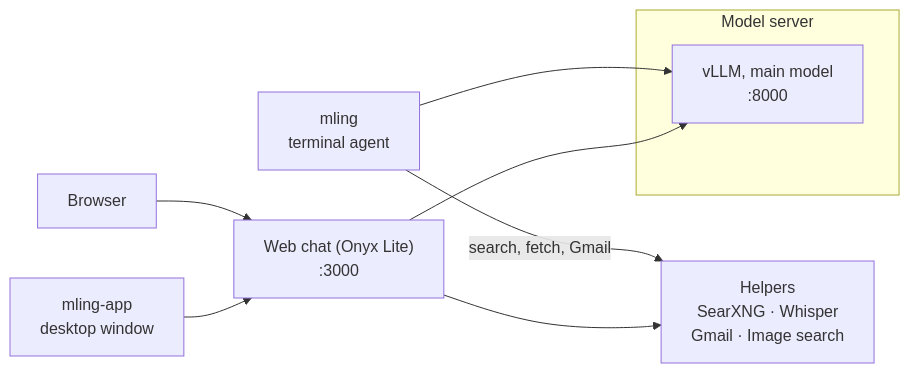
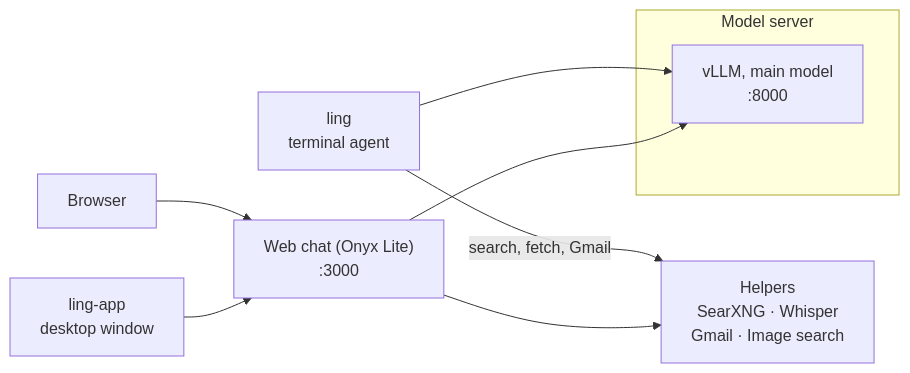
The first of 2 diagrams in docs/architecture.md (dreamference/mightling), drawn with Mermaid before and after one commit. The commit also changed other lines of this file and 391 other files, not shown here.

Commit message:
Rename: the command is ling, not mling (the user's decision); crates and folders ling-*; the collision on npm and crates.io accepted in the plan

````diff
--- a/docs/architecture.md
+++ b/docs/architecture.md
@@ -9,17 +9,17 @@
 ```mermaid
 flowchart LR
-    T["mling<br/>terminal agent"]
+    T["ling<br/>terminal agent"]
     B["Browser"]
-    D["mling-app<br/>desktop window"]
+    D["ling-app<br/>desktop window"]
     O["Web chat (Onyx Lite)<br/>:3000"]
     H["Helpers<br/>SearXNG · Whisper<br/>Gmail · Image search"]
     subgraph models["Model server"]
         V["vLLM, main model<br/>:8000"]
     end
     T --> V
     T -- "search, fetch, Gmail" --> H
     B --> O
     D --> O
     O --> V
     O --> H
 ```
````
